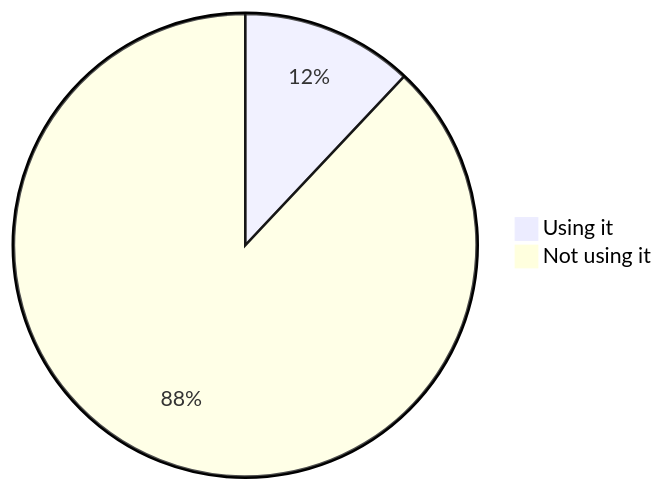
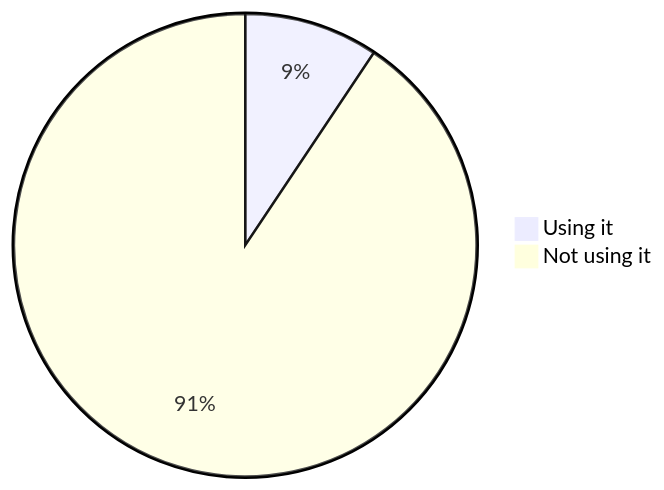
One commit to oshp/oshp-stats changed diagram 13 of 22 in stats.md. Above: the diagram before and after it, drawn with Mermaid. The commit also changed other lines of this file, not shown here.

````diff
--- a/stats.md
+++ b/stats.md
@@ -154,6 +154,6 @@
 ```mermaid
 pie
-	"Using it" : 12.02
-	"Not using it" : 87.98
+	"Using it" : 9.37
+	"Not using it" : 90.63
 
 ```
````
